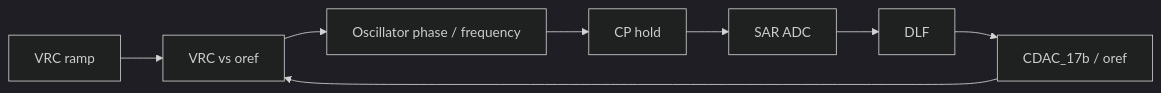
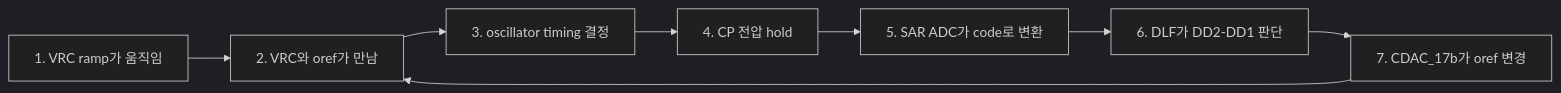
One commit to qkfka781-wq/RCoscillator changed the diagram in docs/top_loop.md. Above: the diagram before and after it, drawn with Mermaid (dark theme). The commit also changed other lines of this file and 2 other files, not shown here.

````diff
--- a/docs/top_loop.md
+++ b/docs/top_loop.md
@@ -9,10 +28,10 @@
 ```mermaid
 flowchart LR
-    A["VRC ramp"] --> B["VRC vs oref"]
-    B --> C["Oscillator phase / frequency"]
-    C --> D["CP hold"]
-    D --> E["SAR ADC"]
-    E --> F["DLF"]
-    F --> G["CDAC_17b / oref"]
+    A["1. VRC ramp가 움직임"] --> B["2. VRC와 oref가 만남"]
+    B --> C["3. oscillator timing 결정"]
+    C --> D["4. CP 전압 hold"]
+    D --> E["5. SAR ADC가 code로 변환"]
+    E --> F["6. DLF가 DD2-DD1 판단"]
+    F --> G["7. CDAC_17b가 oref 변경"]
     G --> B
 ```
````
